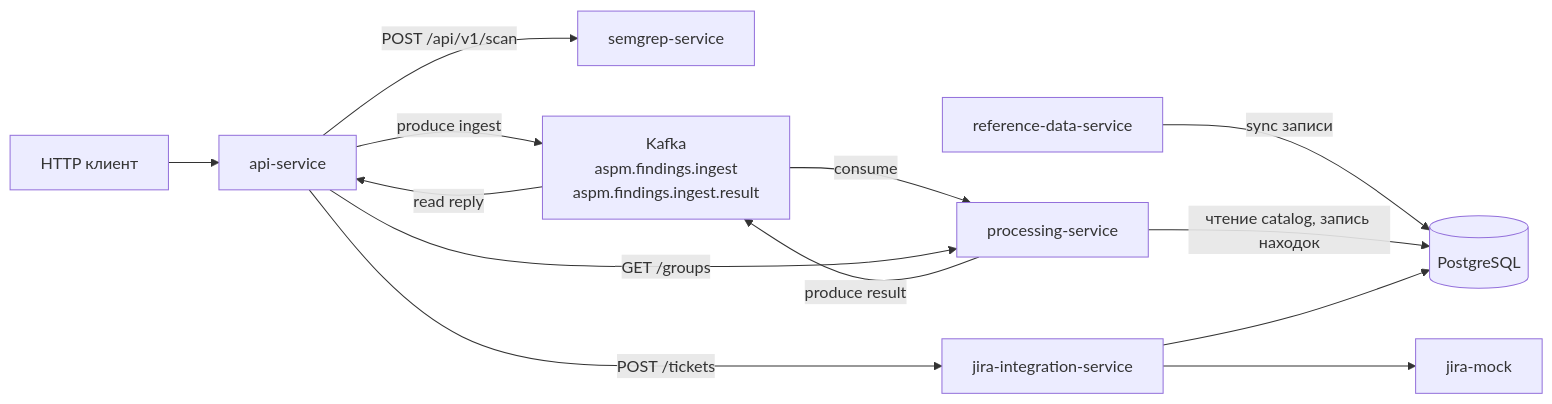
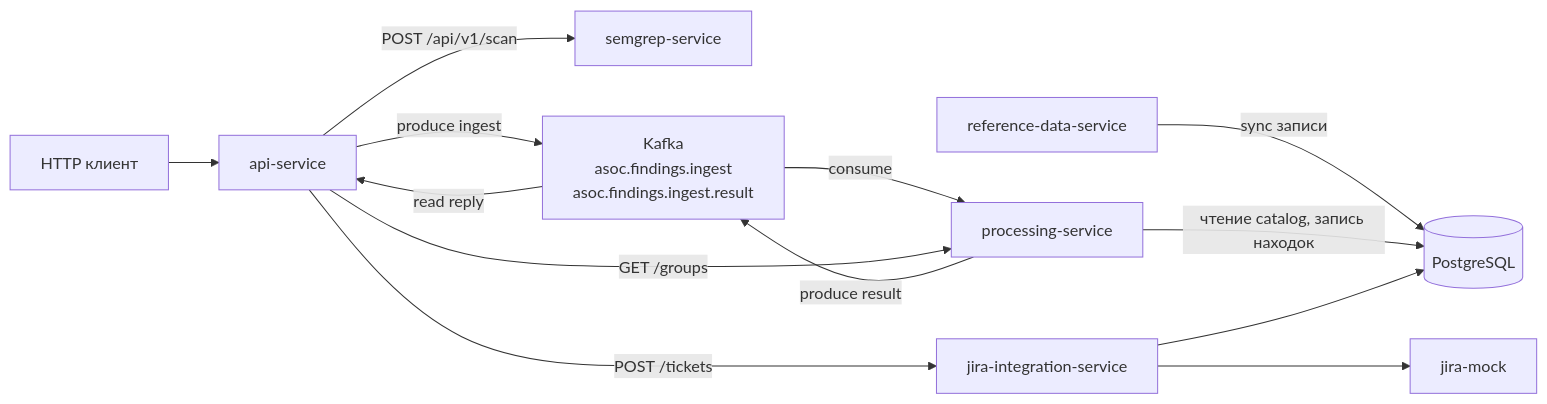
Before and after one commit to tkhananiev/mephi_vkr_asoc: the second of 3 diagrams in docs/ARCHITECTURE.md, drawn with Mermaid. The commit also changed other lines of this file and 76 other files, not shown here.

Commit message:
chore: rename project aspm → asoc (module, k8s, docker, db)

````diff
--- a/docs/ARCHITECTURE.md
+++ b/docs/ARCHITECTURE.md
@@ -84,25 +84,25 @@
 ```mermaid
 flowchart LR
   Client[HTTP клиент]
   API[api-service]
   SG[semgrep-service]
-  K[Kafka<br/>aspm.findings.ingest<br/>aspm.findings.ingest.result]
+  K[Kafka<br/>asoc.findings.ingest<br/>asoc.findings.ingest.result]
   PR[processing-service]
   RD[reference-data-service]
   JI[jira-integration-service]
   JM[jira-mock]
   DB[(PostgreSQL)]
 
   Client --> API
   API -->|POST /api/v1/scan| SG
   API -->|produce ingest| K
   K -->|consume| PR
   PR -->|produce result| K
   K -->|read reply| API
   API -->|GET /groups| PR
   RD -->|sync записи| DB
   PR -->|чтение catalog, запись находок| DB
   API -->|POST /tickets| JI
   JI --> JM
   JI --> DB
 ```
````
